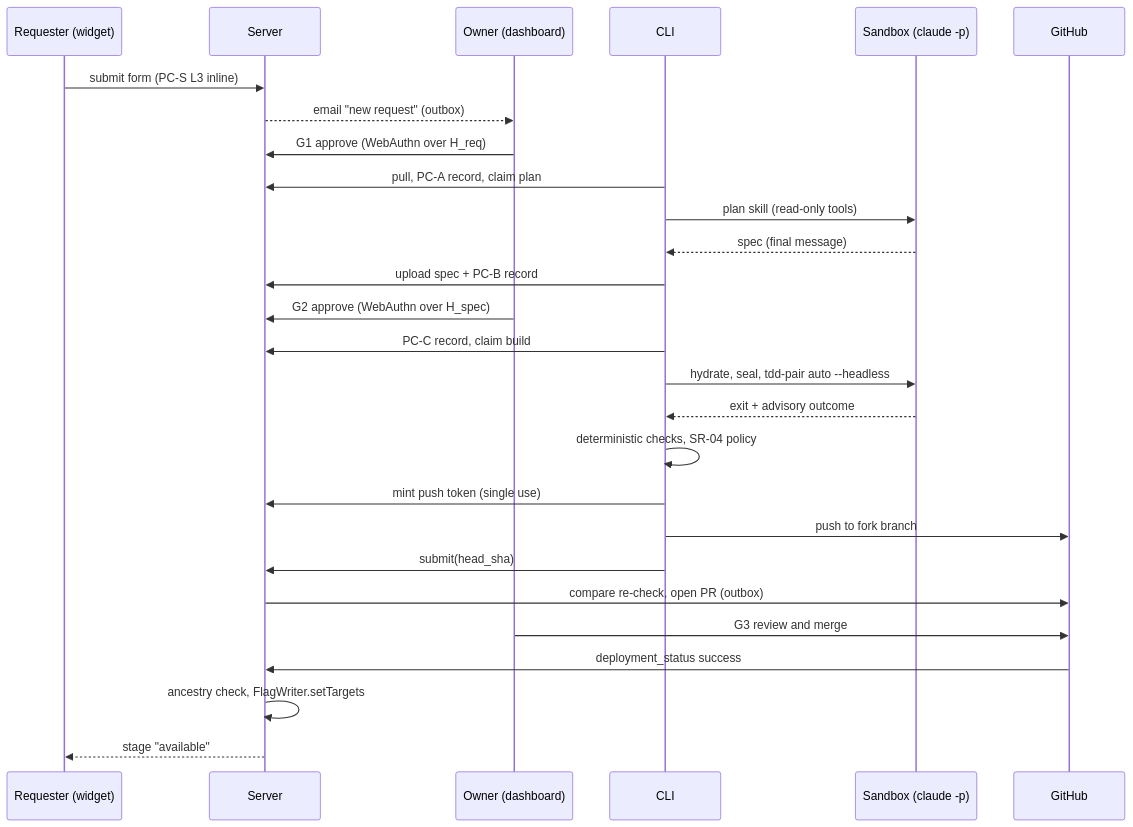
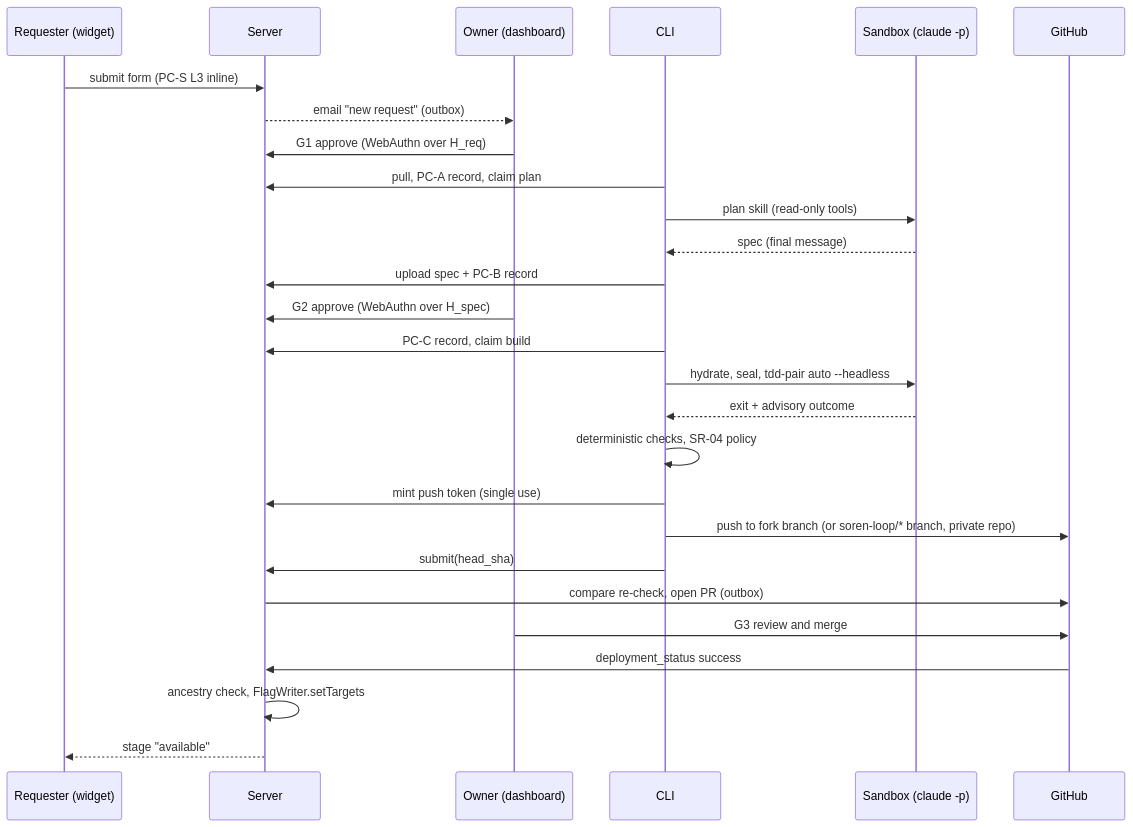
The second of 2 diagrams in docs/rfc/02-architecture.md (sorenai-dev/soren-loop), drawn with Mermaid before and after one commit. The commit also changed other lines of this file and 12 other files, not shown here.

````diff
--- a/docs/rfc/02-architecture.md
+++ b/docs/rfc/02-architecture.md
@@ -120,29 +120,29 @@
 ```mermaid
 sequenceDiagram
   participant R as Requester (widget)
   participant S as Server
   participant O as Owner (dashboard)
   participant C as CLI
   participant X as Sandbox (claude -p)
   participant G as GitHub
   R->>S: submit form (PC-S L3 inline)
   S-->>O: email "new request" (outbox)
   O->>S: G1 approve (WebAuthn over H_req)
   C->>S: pull, PC-A record, claim plan
   C->>X: plan skill (read-only tools)
   X-->>C: spec (final message)
   C->>S: upload spec + PC-B record
   O->>S: G2 approve (WebAuthn over H_spec)
   C->>S: PC-C record, claim build
   C->>X: hydrate, seal, tdd-pair auto --headless
   X-->>C: exit + advisory outcome
   C->>C: deterministic checks, SR-04 policy
   C->>S: mint push token (single use)
-  C->>G: push to fork branch
+  C->>G: push to fork branch (or soren-loop/* branch, private repo)
   C->>S: submit(head_sha)
   S->>G: compare re-check, open PR (outbox)
   O->>G: G3 review and merge
   G->>S: deployment_status success
   S->>S: ancestry check, FlagWriter.setTargets
   S-->>R: stage "available"
 ```
````
